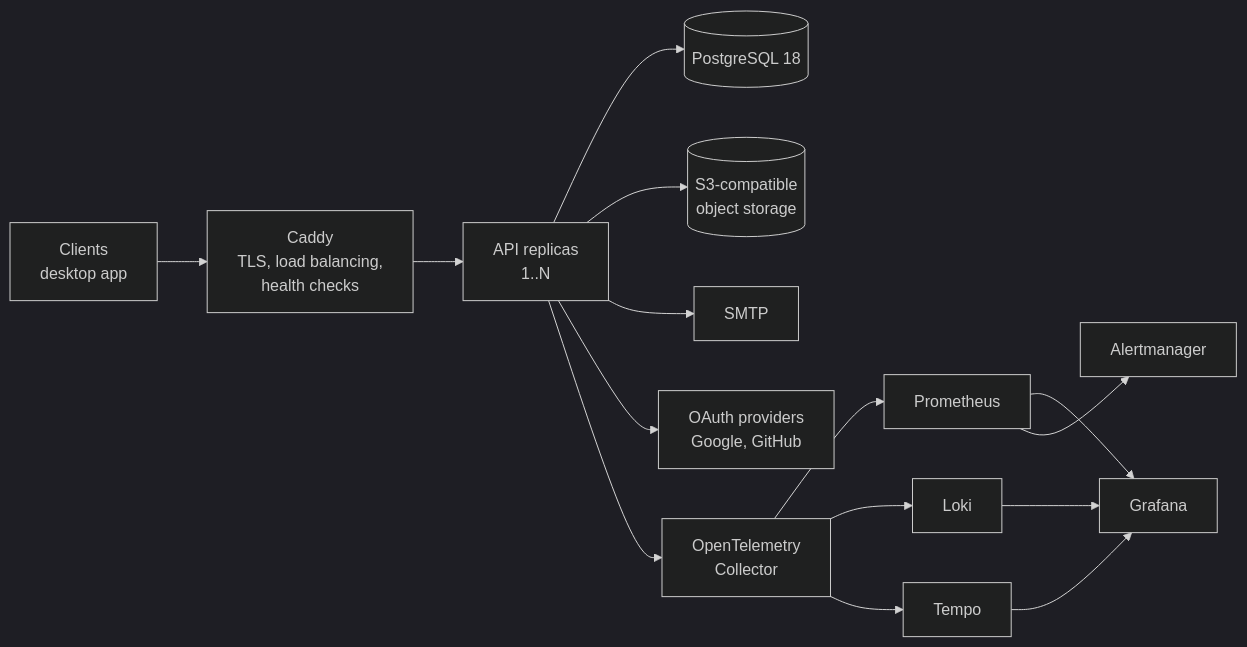
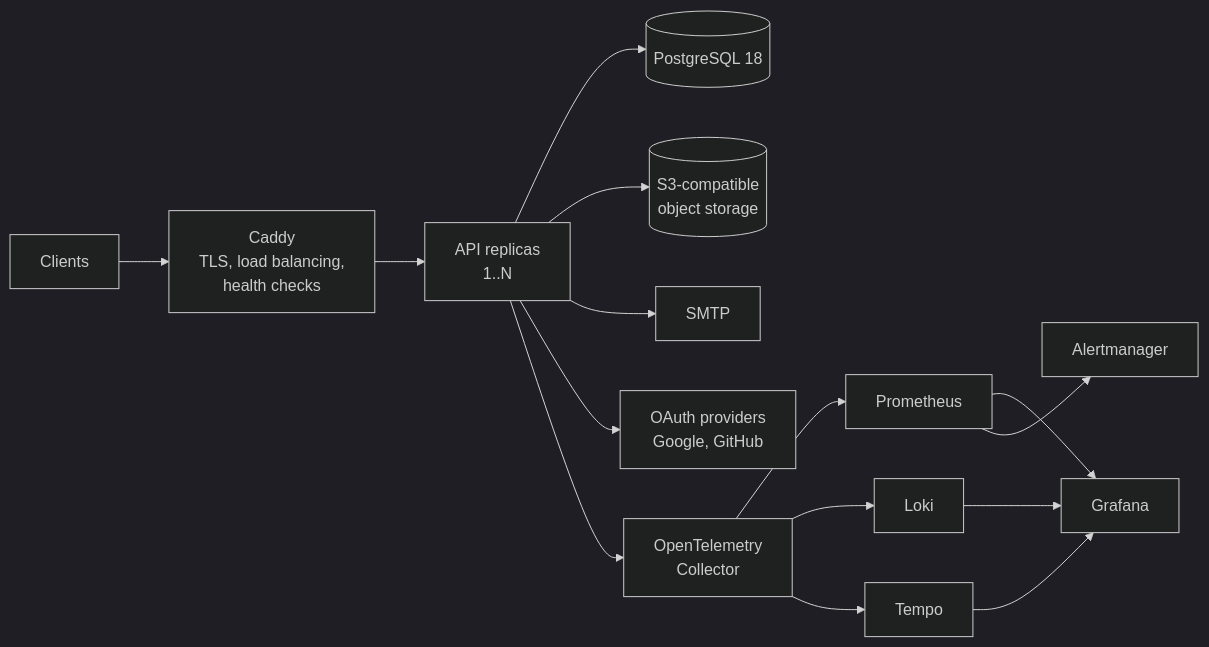
Before and after one commit to Grebyn35/AntWorker-API-Rust: the first of 3 diagrams in docs/architecture.md, drawn with Mermaid (dark theme). The commit also changed other lines of this file and 6 other files, not shown here.

````diff
--- a/docs/architecture.md
+++ b/docs/architecture.md
@@ -11,13 +11,13 @@
 ```mermaid
 flowchart LR
-  client[Clients<br/>desktop app] --> caddy[Caddy<br/>TLS, load balancing,<br/>health checks]
+  client[Clients] --> caddy[Caddy<br/>TLS, load balancing,<br/>health checks]
   caddy --> api[API replicas<br/>1..N]
   api --> pg[(PostgreSQL 18)]
   api --> s3[(S3-compatible<br/>object storage)]
   api --> smtp[SMTP]
   api --> oauth[OAuth providers<br/>Google, GitHub]
   api --> otel[OpenTelemetry<br/>Collector]
   otel --> prom[Prometheus] & loki[Loki] & tempo[Tempo]
   prom & loki & tempo --> grafana[Grafana]
   prom --> am[Alertmanager]
 ```
````
